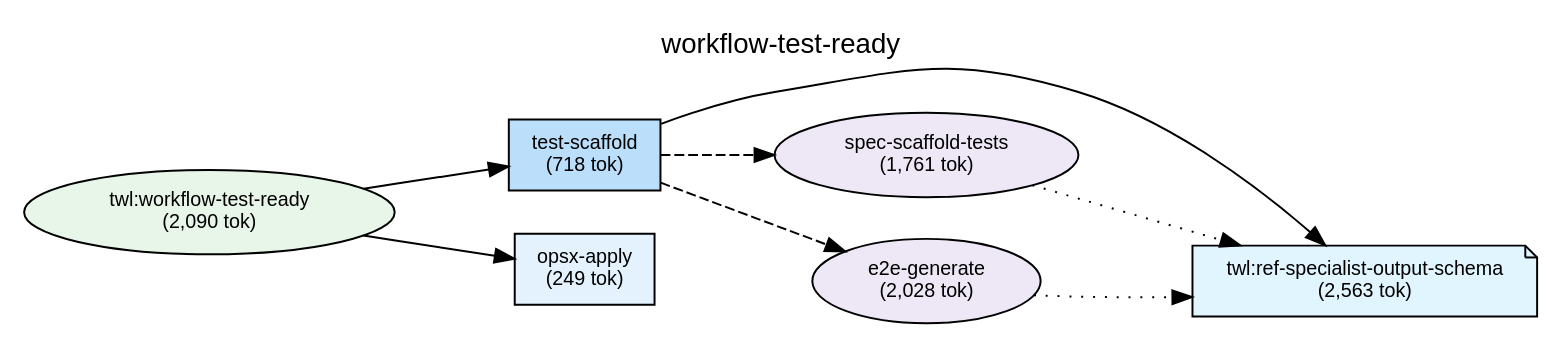
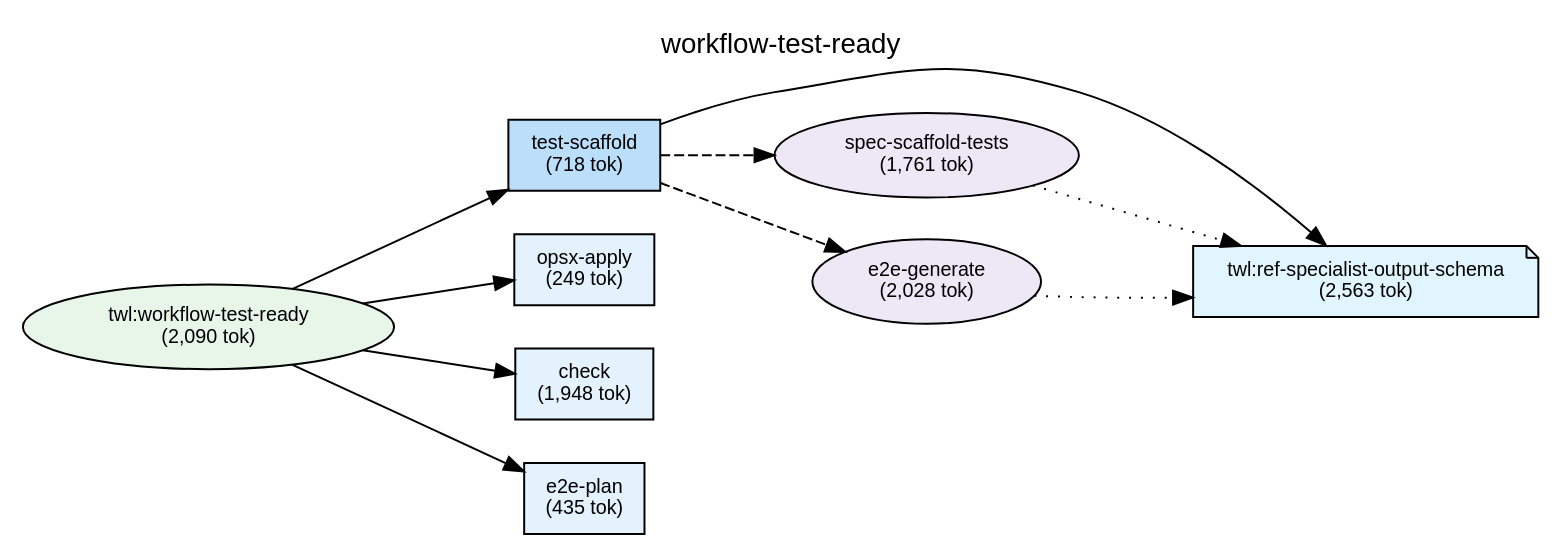
The diagram in plugins/twl/docs/deps-workflow-test-ready.dot (shuu5/twill), drawn with Graphviz before and after one commit. The commit also changed 17 other files, not shown here.

```diff
--- a/plugins/twl/docs/deps-workflow-test-ready.dot
+++ b/plugins/twl/docs/deps-workflow-test-ready.dot
@@ -1,57 +1,63 @@
 digraph Dependencies {
     // Graph settings
     rankdir=LR;
     ranksep=0.8;
     nodesep=0.3;
     fontname="Helvetica";
     node [fontname="Helvetica", fontsize=10];
     edge [fontname="Helvetica", fontsize=9];
     label="workflow-test-ready";
     labelloc=t;
     fontsize=14;
 
     // L0: Controller Skills
 
     // L0: Launchers
 
     // L0.5: Workflow Skills
     skill_workflow_test_ready [label="twl:workflow-test-ready\n(2,090 tok)", shape=ellipse, style=filled, fillcolor="#e8f5e9"];
 
     // Reference Skills
     skill_ref_specialist_output_schema [label="twl:ref-specialist-output-schema\n(2,563 tok)", shape=note, style=filled, fillcolor="#e1f5fe"];
 
     // L1: Direct Commands
     cmd_opsx_apply [label="opsx-apply\n(249 tok)", shape=box, style=filled, fillcolor="#e3f2fd"];
+    cmd_check [label="check\n(1,948 tok)", shape=box, style=filled, fillcolor="#e3f2fd"];
+    cmd_e2e_plan [label="e2e-plan\n(435 tok)", shape=box, style=filled, fillcolor="#e3f2fd"];
     cmd_test_scaffold [label="test-scaffold\n(718 tok)", shape=box, style=filled, fillcolor="#bbdefb"];
 
     // L2: Sub Commands
 
     // L3: Agents
     agent_spec_scaffold_tests [label="spec-scaffold-tests\n(1,761 tok)", shape=ellipse, style=filled, fillcolor="#ede7f6"];
     agent_e2e_generate [label="e2e-generate\n(2,028 tok)", shape=ellipse, style=filled, fillcolor="#ede7f6"];
 
     // L3.5: Scripts
 
     // L4: External
 
     // Layer constraints
     { rank=same; skill_workflow_test_ready; }
     { rank=same; skill_ref_specialist_output_schema; }
-    { rank=same; cmd_opsx_apply; cmd_test_scaffold; }
+    { rank=same; cmd_opsx_apply; cmd_check; cmd_e2e_plan; cmd_test_scaffold; }
     { rank=same; agent_spec_scaffold_tests; agent_e2e_generate; }
 
     // Edges
     skill_workflow_test_ready -> cmd_test_scaffold;
     skill_workflow_test_ready -> cmd_opsx_apply;
+    skill_workflow_test_ready -> cmd_check;
+    skill_workflow_test_ready -> cmd_e2e_plan;
     cmd_test_scaffold -> agent_spec_scaffold_tests [style=dashed];
     cmd_test_scaffold -> agent_e2e_generate [style=dashed];
     cmd_test_scaffold -> skill_ref_specialist_output_schema;
     agent_spec_scaffold_tests -> skill_ref_specialist_output_schema [style=dotted];
     agent_e2e_generate -> skill_ref_specialist_output_schema [style=dotted];
 
     // Ordering constraints (invisible edges)
     cmd_test_scaffold -> cmd_opsx_apply [style=invis, weight=10];
+    cmd_opsx_apply -> cmd_check [style=invis, weight=10];
+    cmd_check -> cmd_e2e_plan [style=invis, weight=10];
     agent_spec_scaffold_tests -> agent_e2e_generate [style=invis, weight=10];
     agent_e2e_generate -> skill_ref_specialist_output_schema [style=invis, weight=10];
 
 }
```
